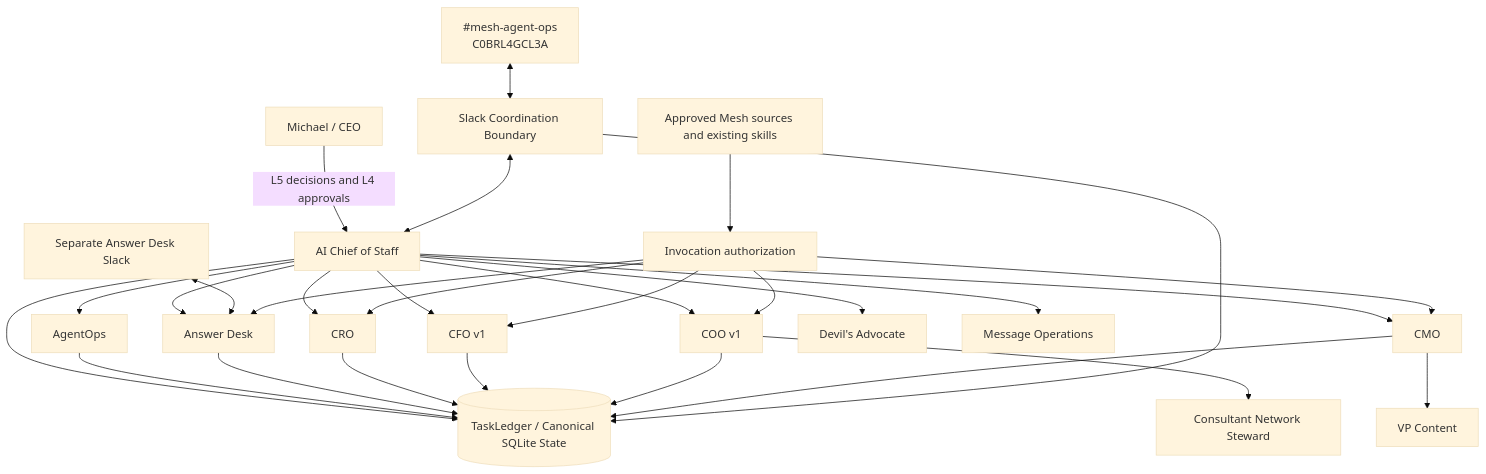
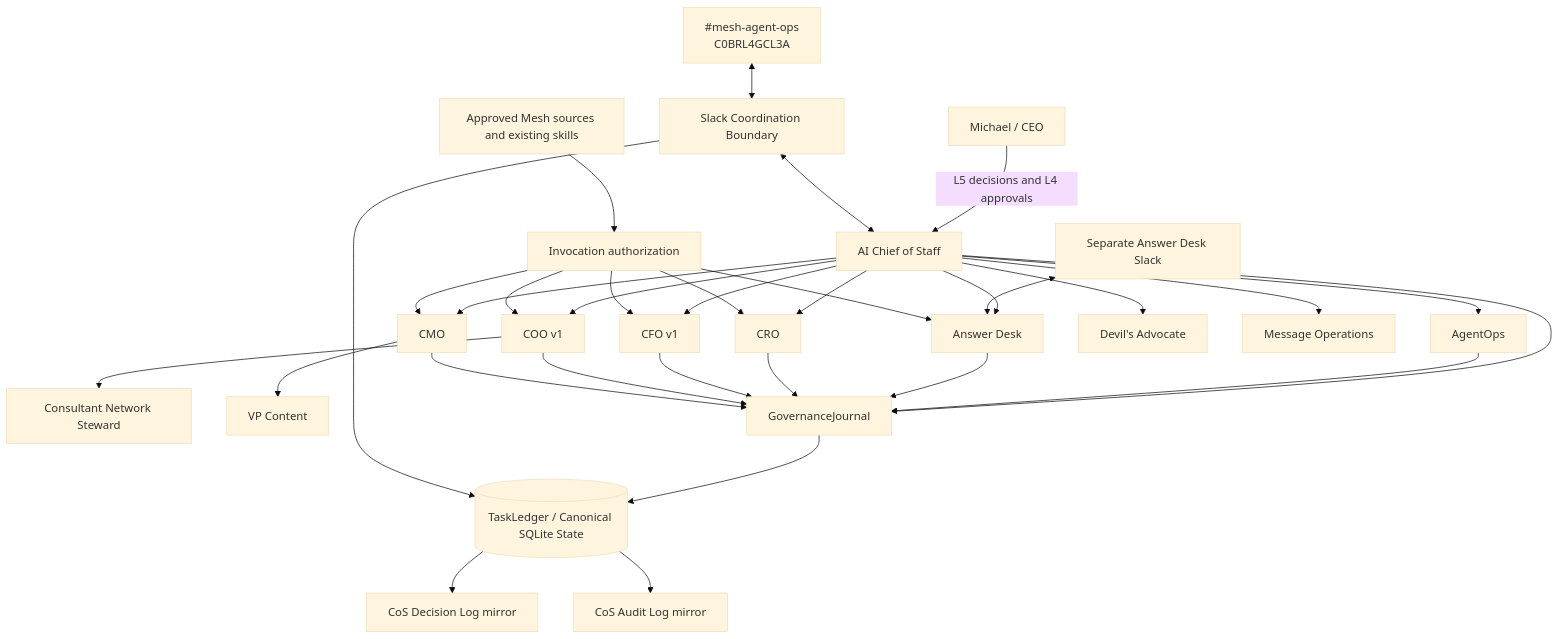
The first of 2 diagrams in README.md (mkleinbe/mesh-ai-agent-cos-universe), drawn with Mermaid (base theme) before and after one commit. The commit also changed other lines of this file, not shown here.

Commit message:
docs: surface explainable decisions and audit registers

````diff
--- a/README.md
+++ b/README.md
@@ -19,35 +19,38 @@
 ```mermaid
 flowchart TB
     CEO[Michael / CEO] -->|L5 decisions and L4 approvals| COS[AI Chief of Staff]
     COS --> AO[AgentOps]
     COS --> AD[Answer Desk]
     COS --> CRO[CRO]
     COS --> CFO[CFO v1]
     COS --> COO[COO v1]
     COS --> CMO[CMO]
     COS --> DA[Devil's Advocate]
     COS --> MO[Message Operations]
     COO --> CNS[Consultant Network Steward]
     CMO --> VPC[VP Content]
 
-    COS --> LEDGER[(TaskLedger / Canonical SQLite State)]
-    AO --> LEDGER
-    AD --> LEDGER
-    CRO --> LEDGER
-    CFO --> LEDGER
-    COO --> LEDGER
-    CMO --> LEDGER
+    COS --> GOV[GovernanceJournal]
+    AO --> GOV
+    AD --> GOV
+    CRO --> GOV
+    CFO --> GOV
+    COO --> GOV
+    CMO --> GOV
+    GOV --> LEDGER[(TaskLedger / Canonical SQLite State)]
+
+    LEDGER --> DLOG[CoS Decision Log mirror]
+    LEDGER --> ALOG[CoS Audit Log mirror]
 
     SLACK[#mesh-agent-ops\nC0BRL4GCL3A] <--> SC[Slack Coordination Boundary]
     SC <--> COS
     SC --> LEDGER
-
     ADS[Separate Answer Desk Slack] <--> AD
 
     SRC[Approved Mesh sources and existing skills] --> AUTH[Invocation authorization]
     AUTH --> CRO
     AUTH --> CFO
     AUTH --> COO
     AUTH --> CMO
     AUTH --> AD
 ```
````
